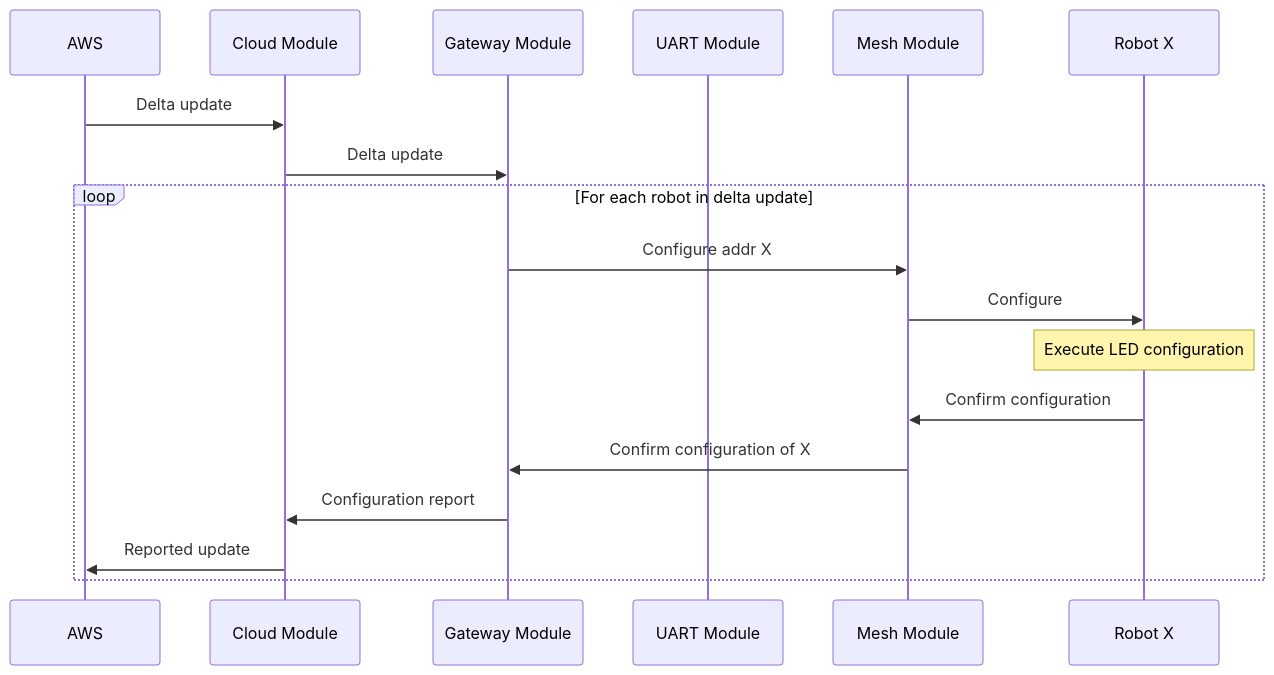
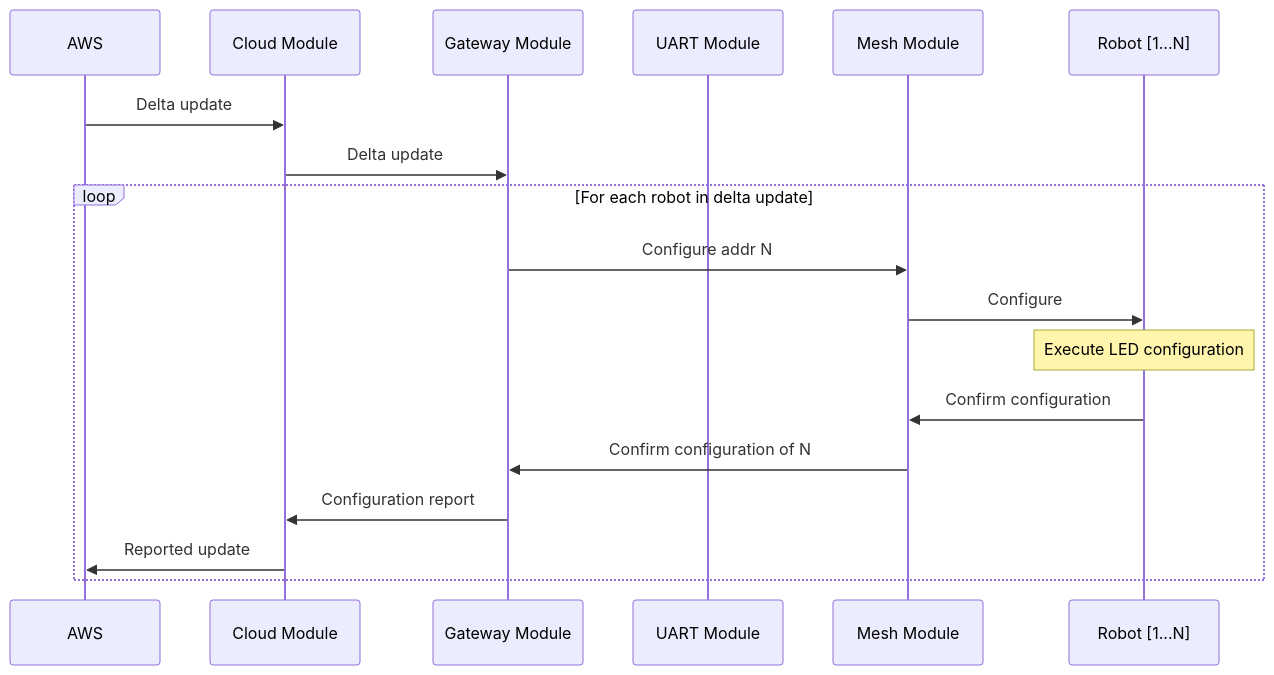
The third of 3 diagrams in docs/nRF_Robot_war_firmware_module_description.md (Stentsoe/robot-war-firmware), drawn with Mermaid before and after one commit. The commit also changed other lines of this file, not shown here.

First line of the commit message:
operation descriptions, clear up robot x confusion

````diff
--- a/docs/nRF_Robot_war_firmware_module_description.md
+++ b/docs/nRF_Robot_war_firmware_module_description.md
@@ -144,22 +143,22 @@
 ```mermaid
 sequenceDiagram
     participant aws as AWS
     participant cm as Cloud Module
     participant gm as Gateway Module
     participant um as UART Module
     participant mm as Mesh Module
-    participant rx as Robot X
+    participant rn as Robot [1...N]
 
     aws->>cm: Delta update 
     cm->>gm: Delta update 
     loop For each robot in delta update
-        gm->>mm: Configure addr X
-        mm->>rx: Configure
-        Note over rx: Execute LED configuration
-        rx->>mm: Confirm configuration
-        mm->>gm: Confirm configuration of X
+        gm->>mm: Configure addr N
+        mm->>rn: Configure
+        Note over rn: Execute LED configuration
+        rn->>mm: Confirm configuration
+        mm->>gm: Confirm configuration of N
         gm->>cm: Configuration report
         cm->>aws: Reported update
     end
 
 ```
````
